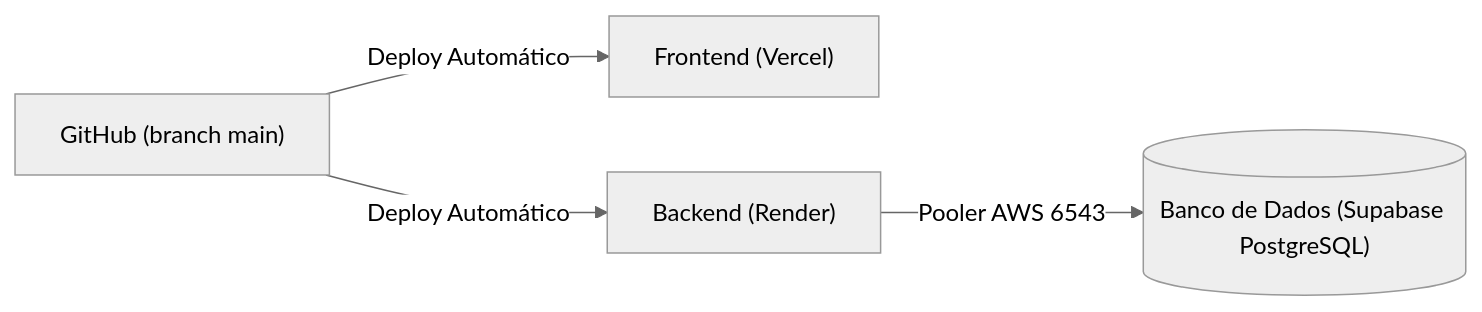
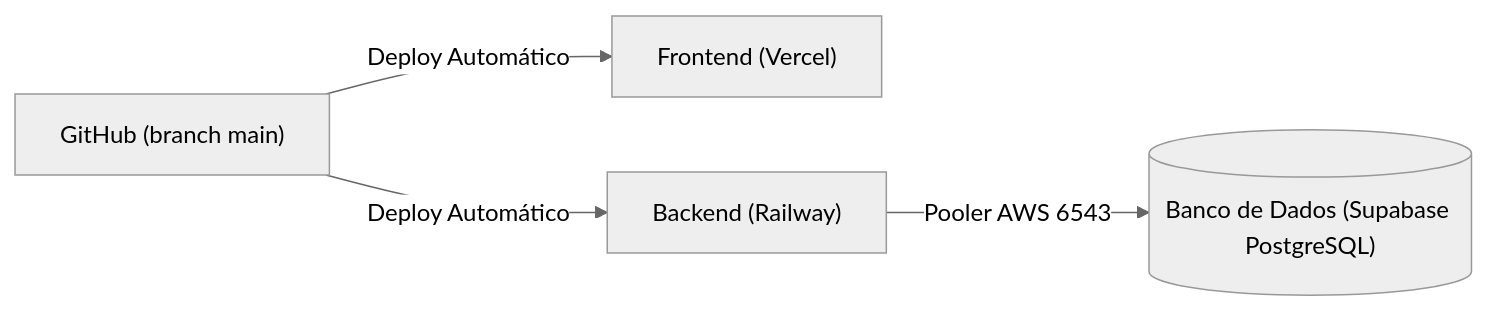
The second of 2 diagrams in README.md (arthurcamrocha20052008/fluxo_caixa), drawn with Mermaid (neutral theme) before and after one commit. The commit also changed other lines of this file and 23 other files, not shown here.

````diff
--- a/README.md
+++ b/README.md
@@ -311,6 +311,6 @@
 ```mermaid
 flowchart LR
     GIT["GitHub (branch main)"] -->|Deploy Automático| VERCEL["Frontend (Vercel)"]
-    GIT -->|Deploy Automático| RENDER["Backend (Render)"]
-    RENDER -->|Pooler AWS 6543| SUPABASE[("Banco de Dados (Supabase PostgreSQL)")]
+    GIT -->|Deploy Automático| RAILWAY["Backend (Railway)"]
+    RAILWAY -->|Pooler AWS 6543| SUPABASE[("Banco de Dados (Supabase PostgreSQL)")]
 ```
````
